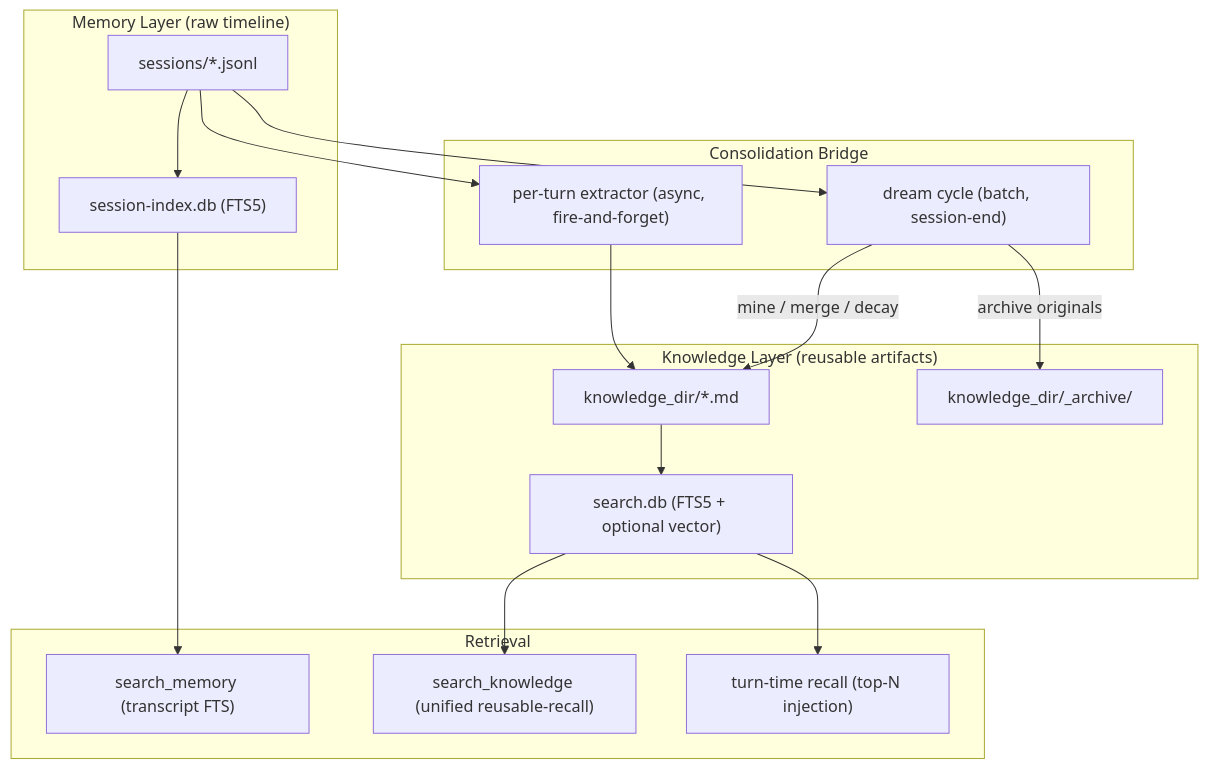
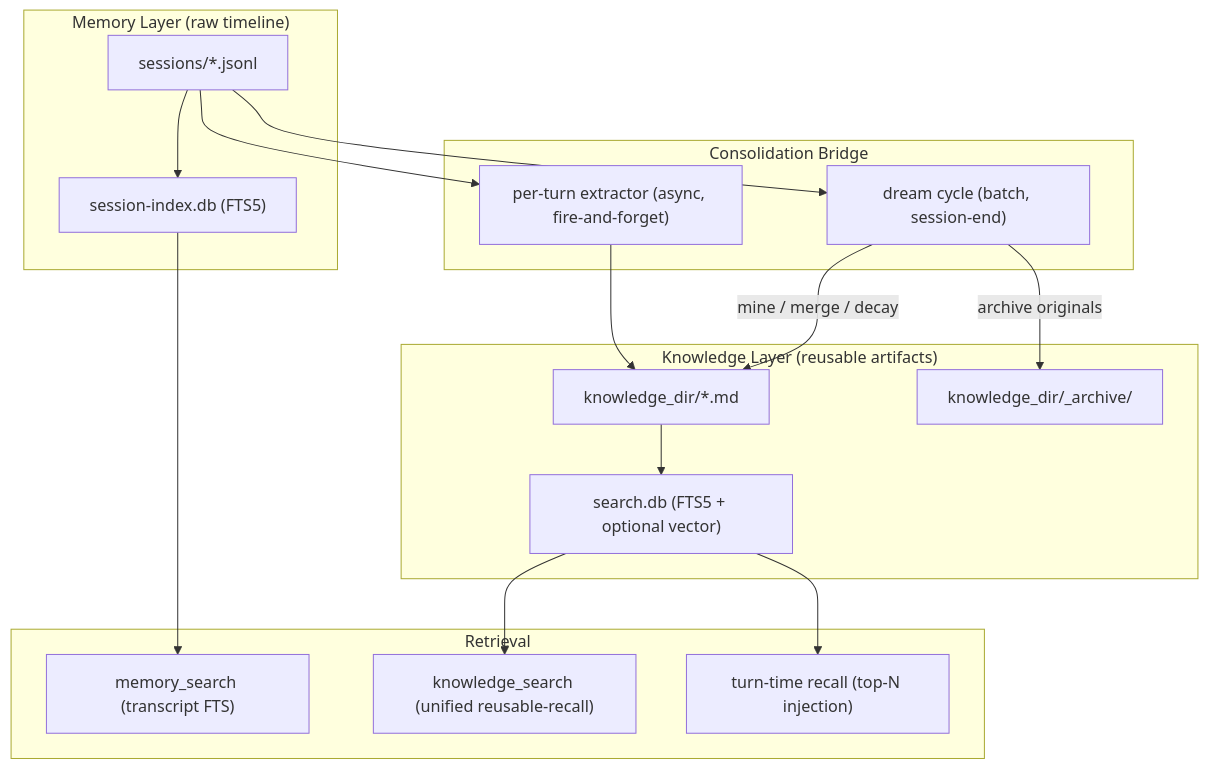
One commit to binlecode/co-cli changed the diagram in docs/specs/cognition.md. Above: the diagram before and after it, drawn with Mermaid. The commit also changed other lines of this file and 88 other files, not shown here.

````diff
--- a/docs/specs/cognition.md
+++ b/docs/specs/cognition.md
@@ -41,36 +41,36 @@
 ```mermaid
 flowchart TD
     subgraph Memory["Memory Layer (raw timeline)"]
         Transcripts["sessions/*.jsonl"]
         SessionIdx["session-index.db (FTS5)"]
     end
 
     subgraph Bridge["Consolidation Bridge"]
         Extractor["per-turn extractor (async, fire-and-forget)"]
         Dream["dream cycle (batch, session-end)"]
     end
 
     subgraph Knowledge["Knowledge Layer (reusable artifacts)"]
         KDir["knowledge_dir/*.md"]
         SearchDB["search.db (FTS5 + optional vector)"]
         Archive["knowledge_dir/_archive/"]
     end
 
     subgraph Recall["Retrieval"]
-        EpisodicSearch["search_memory (transcript FTS)"]
-        KnowledgeSearch["search_knowledge (unified reusable-recall)"]
+        EpisodicSearch["memory_search (transcript FTS)"]
+        KnowledgeSearch["knowledge_search (unified reusable-recall)"]
         TurnRecall["turn-time recall (top-N injection)"]
     end
 
     Transcripts --> SessionIdx
     Transcripts --> Extractor
     Transcripts --> Dream
     Extractor --> KDir
     Dream -->|"mine / merge / decay"| KDir
     Dream -->|"archive originals"| Archive
     KDir --> SearchDB
 
     SessionIdx --> EpisodicSearch
     SearchDB --> KnowledgeSearch
     SearchDB --> TurnRecall
 ```
````
